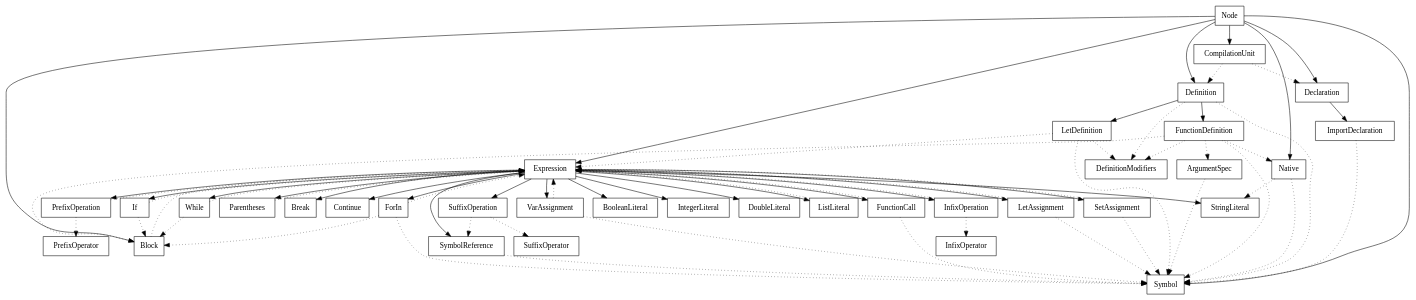
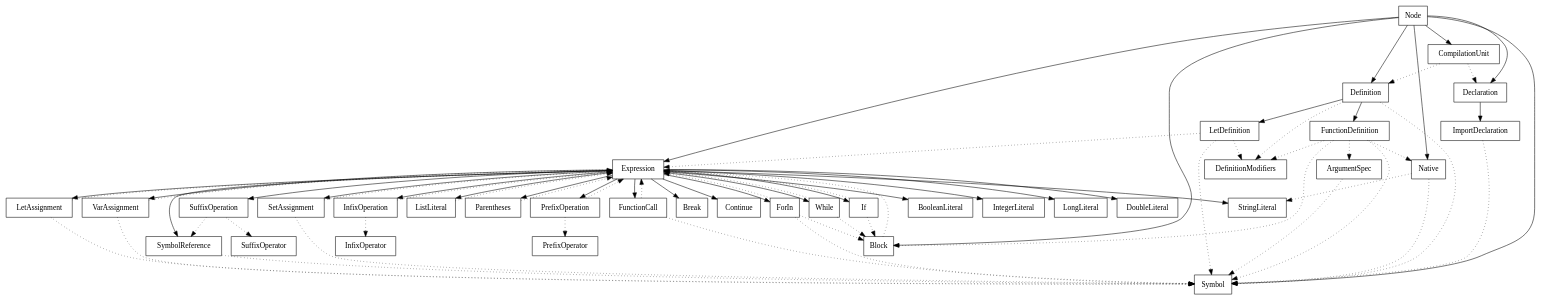
One commit to gay-pizza/pork changed the diagram in ast/src/main/graph/types.dot. Above: the diagram before and after it, drawn with Graphviz. The commit also changed 11 other files, not shown here.

Commit message:
parser: implement long literal and handle overflow

```diff
--- a/ast/src/main/graph/types.dot
+++ b/ast/src/main/graph/types.dot
@@ -1,107 +1,109 @@
 digraph A {
   type_Node [shape=box,label="Node"]
   type_Expression [shape=box,label="Expression"]
   type_Symbol [shape=box,label="Symbol"]
   type_Declaration [shape=box,label="Declaration"]
   type_Definition [shape=box,label="Definition"]
   type_DefinitionModifiers [shape=box,label="DefinitionModifiers"]
   type_Block [shape=box,label="Block"]
   type_CompilationUnit [shape=box,label="CompilationUnit"]
   type_LetAssignment [shape=box,label="LetAssignment"]
   type_VarAssignment [shape=box,label="VarAssignment"]
   type_SetAssignment [shape=box,label="SetAssignment"]
   type_InfixOperator [shape=box,label="InfixOperator"]
   type_InfixOperation [shape=box,label="InfixOperation"]
   type_BooleanLiteral [shape=box,label="BooleanLiteral"]
   type_FunctionCall [shape=box,label="FunctionCall"]
   type_ArgumentSpec [shape=box,label="ArgumentSpec"]
   type_FunctionDefinition [shape=box,label="FunctionDefinition"]
   type_LetDefinition [shape=box,label="LetDefinition"]
   type_If [shape=box,label="If"]
   type_ImportDeclaration [shape=box,label="ImportDeclaration"]
   type_IntegerLiteral [shape=box,label="IntegerLiteral"]
+  type_LongLiteral [shape=box,label="LongLiteral"]
   type_DoubleLiteral [shape=box,label="DoubleLiteral"]
   type_ListLiteral [shape=box,label="ListLiteral"]
   type_Parentheses [shape=box,label="Parentheses"]
   type_PrefixOperator [shape=box,label="PrefixOperator"]
   type_PrefixOperation [shape=box,label="PrefixOperation"]
   type_SuffixOperator [shape=box,label="SuffixOperator"]
   type_SuffixOperation [shape=box,label="SuffixOperation"]
   type_StringLiteral [shape=box,label="StringLiteral"]
   type_SymbolReference [shape=box,label="SymbolReference"]
   type_While [shape=box,label="While"]
   type_ForIn [shape=box,label="ForIn"]
   type_Break [shape=box,label="Break"]
   type_Continue [shape=box,label="Continue"]
   type_Native [shape=box,label="Native"]
   type_Node -> type_Expression
   type_Node -> type_Symbol
   type_Node -> type_Declaration
   type_Node -> type_Definition
   type_Node -> type_Block
   type_Node -> type_CompilationUnit
   type_Node -> type_Native
   type_Expression -> type_LetAssignment
   type_Expression -> type_VarAssignment
   type_Expression -> type_SetAssignment
   type_Expression -> type_InfixOperation
   type_Expression -> type_BooleanLiteral
   type_Expression -> type_FunctionCall
   type_Expression -> type_If
   type_Expression -> type_IntegerLiteral
+  type_Expression -> type_LongLiteral
   type_Expression -> type_DoubleLiteral
   type_Expression -> type_ListLiteral
   type_Expression -> type_Parentheses
   type_Expression -> type_PrefixOperation
   type_Expression -> type_SuffixOperation
   type_Expression -> type_StringLiteral
   type_Expression -> type_SymbolReference
   type_Expression -> type_While
   type_Expression -> type_ForIn
   type_Expression -> type_Break
   type_Expression -> type_Continue
   type_Definition -> type_FunctionDefinition
   type_Definition -> type_LetDefinition
   type_Declaration -> type_ImportDeclaration
   type_Definition -> type_Symbol [style=dotted]
   type_Definition -> type_DefinitionModifiers [style=dotted]
   type_Block -> type_Expression [style=dotted]
   type_CompilationUnit -> type_Declaration [style=dotted]
   type_CompilationUnit -> type_Definition [style=dotted]
   type_LetAssignment -> type_Symbol [style=dotted]
   type_LetAssignment -> type_Expression [style=dotted]
   type_VarAssignment -> type_Symbol [style=dotted]
   type_VarAssignment -> type_Expression [style=dotted]
   type_SetAssignment -> type_Symbol [style=dotted]
   type_SetAssignment -> type_Expression [style=dotted]
   type_InfixOperation -> type_Expression [style=dotted]
   type_InfixOperation -> type_InfixOperator [style=dotted]
   type_FunctionCall -> type_Symbol [style=dotted]
   type_FunctionCall -> type_Expression [style=dotted]
   type_ArgumentSpec -> type_Symbol [style=dotted]
   type_FunctionDefinition -> type_DefinitionModifiers [style=dotted]
   type_FunctionDefinition -> type_Symbol [style=dotted]
   type_FunctionDefinition -> type_ArgumentSpec [style=dotted]
   type_FunctionDefinition -> type_Block [style=dotted]
   type_FunctionDefinition -> type_Native [style=dotted]
   type_LetDefinition -> type_DefinitionModifiers [style=dotted]
   type_LetDefinition -> type_Symbol [style=dotted]
   type_LetDefinition -> type_Expression [style=dotted]
   type_If -> type_Expression [style=dotted]
   type_If -> type_Block [style=dotted]
   type_ImportDeclaration -> type_Symbol [style=dotted]
   type_ListLiteral -> type_Expression [style=dotted]
   type_Parentheses -> type_Expression [style=dotted]
   type_PrefixOperation -> type_PrefixOperator [style=dotted]
   type_PrefixOperation -> type_Expression [style=dotted]
   type_SuffixOperation -> type_SuffixOperator [style=dotted]
   type_SuffixOperation -> type_SymbolReference [style=dotted]
   type_SymbolReference -> type_Symbol [style=dotted]
   type_While -> type_Expression [style=dotted]
   type_While -> type_Block [style=dotted]
   type_ForIn -> type_Symbol [style=dotted]
   type_ForIn -> type_Expression [style=dotted]
   type_ForIn -> type_Block [style=dotted]
   type_Native -> type_Symbol [style=dotted]
   type_Native -> type_StringLiteral [style=dotted]
 }
```
